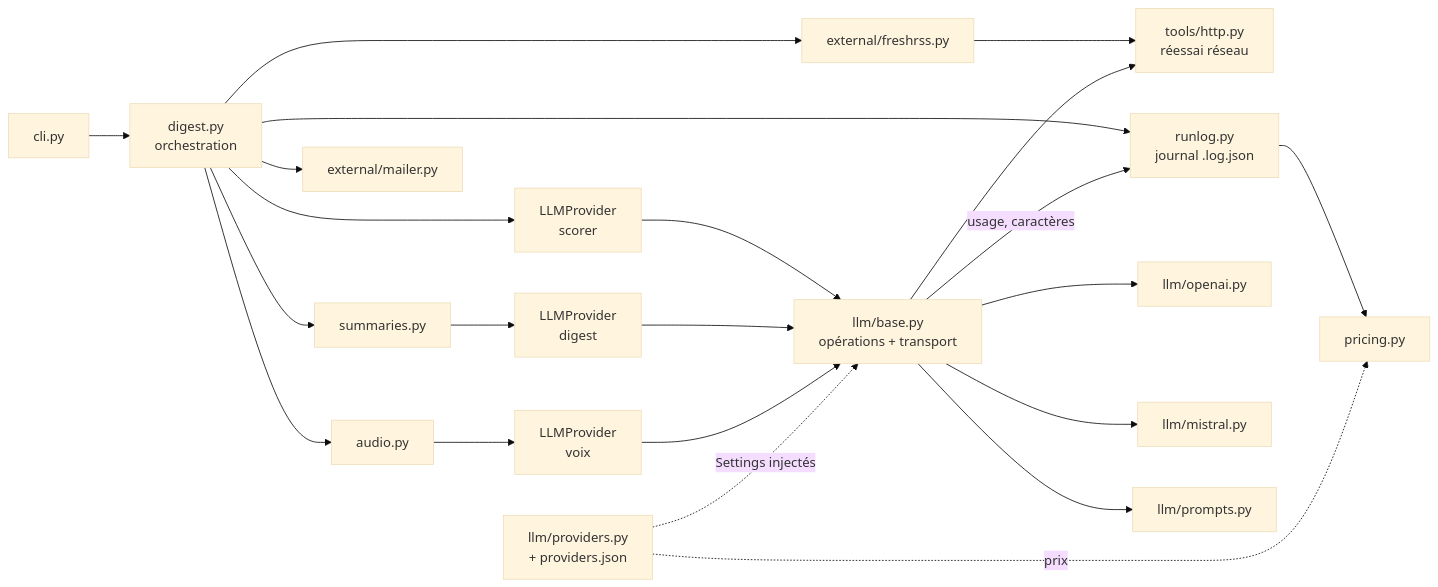
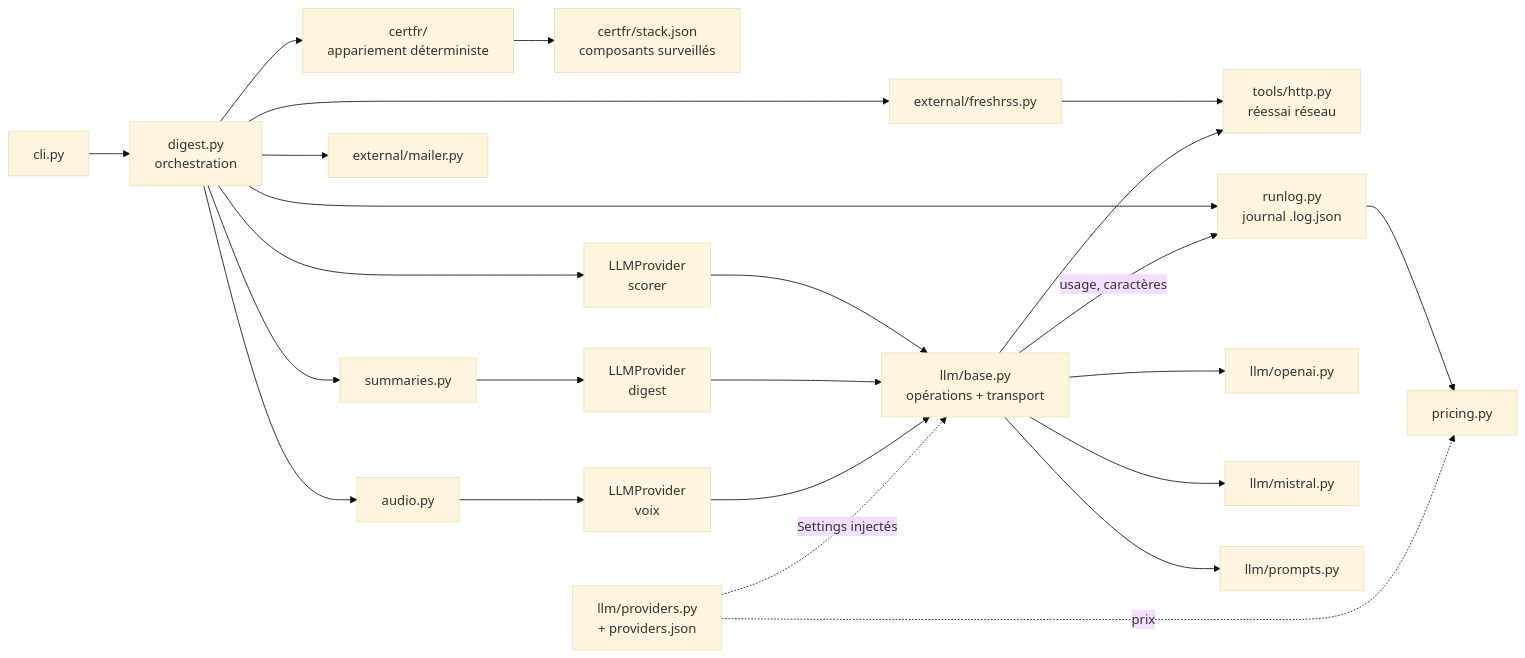
Before and after one commit to odrix/RSSResume: the second of 2 diagrams in FONCTIONNEMENT.md, drawn with Mermaid (base theme). The commit also changed other lines of this file and 19 other files, not shown here.

````diff
--- a/FONCTIONNEMENT.md
+++ b/FONCTIONNEMENT.md
@@ -822,22 +986,24 @@
 ```mermaid
 flowchart LR
     CLI[cli.py] --> DIG[digest.py<br/>orchestration]
     DIG --> FR[external/freshrss.py]
     FR --> HTTP[tools/http.py<br/>réessai réseau]
     DIG --> SU[summaries.py]
     DIG --> AU[audio.py]
     DIG --> MA[external/mailer.py]
     DIG --> RL[runlog.py<br/>journal .log.json]
+    DIG --> CF[certfr/<br/>appariement déterministe]
+    CF --> STK[certfr/stack.json<br/>composants surveillés]
     DIG --> SC[LLMProvider<br/>scorer]
     SU --> LLMP[LLMProvider<br/>digest]
     AU --> TTS[LLMProvider<br/>voix]
     SC & LLMP & TTS --> BASE[llm/base.py<br/>opérations + transport]
     BASE --> OAI[llm/openai.py]
     BASE --> MIS[llm/mistral.py]
     BASE --> PRO[llm/prompts.py]
     BASE --> HTTP
     BASE -->|usage, caractères| RL
     CFG[llm/providers.py<br/>+ providers.json] -.->|Settings injectés| BASE
     RL --> PRI[pricing.py]
     CFG -.->|prix| PRI
 ```
````
